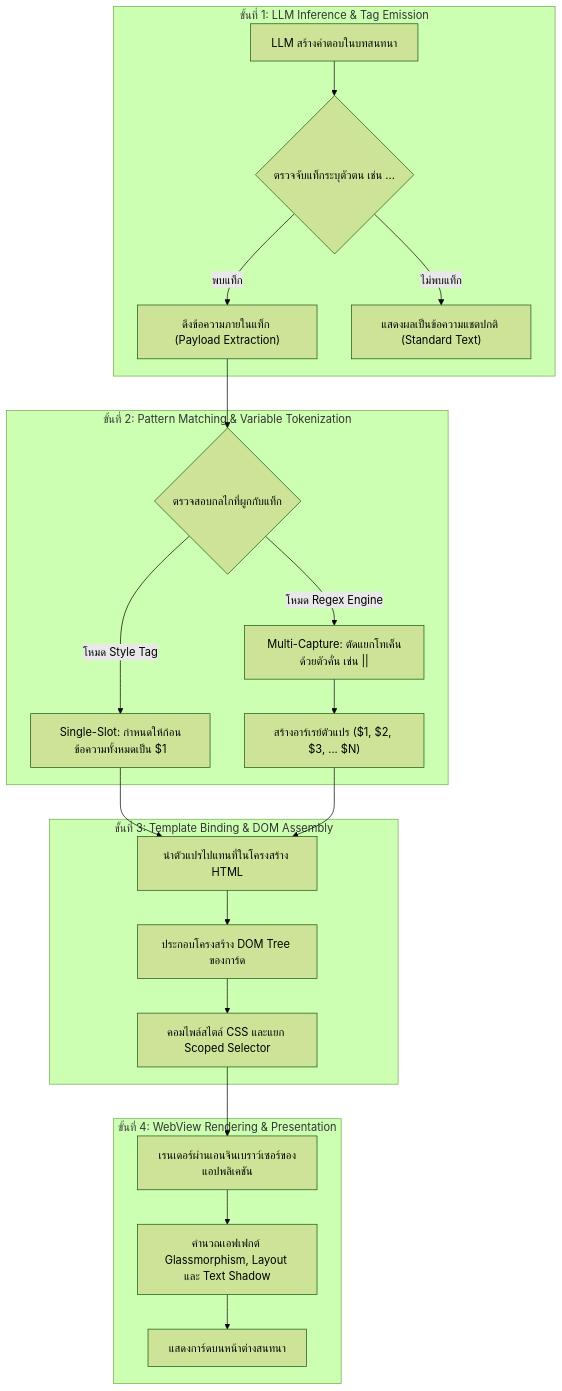
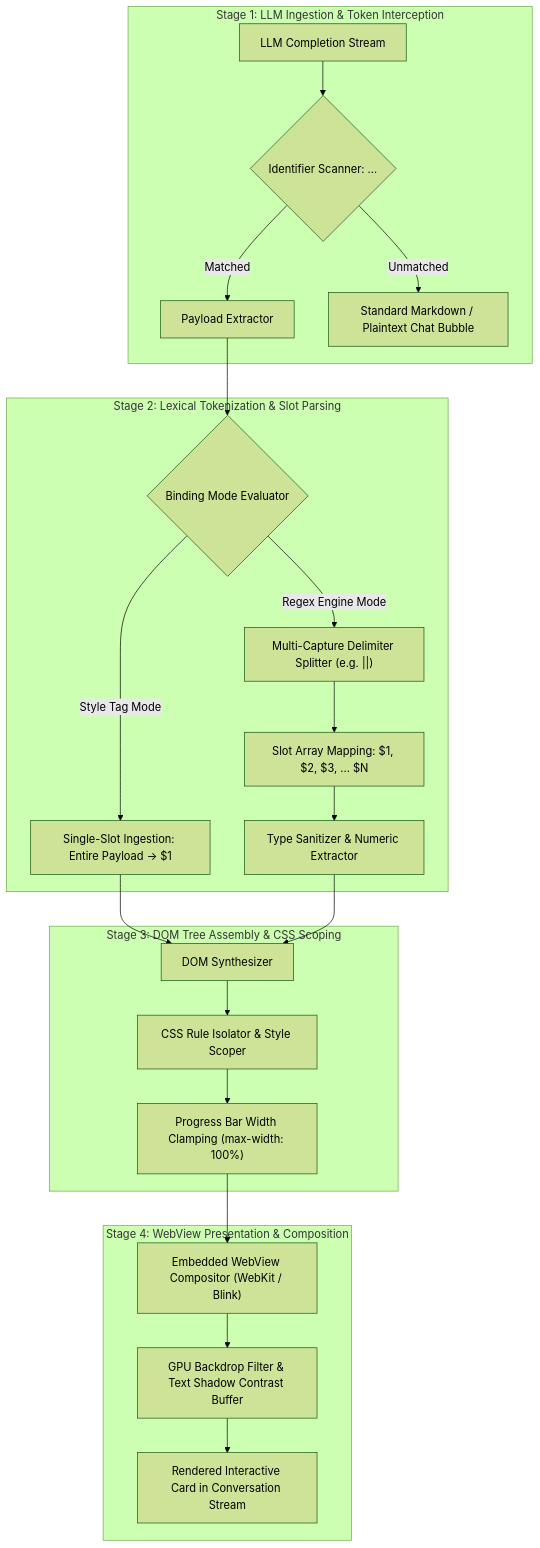
Before and after one commit to jadesolju/Snippet-Studio: the first of 6 diagrams in RUBII_CORE_ARCHITECTURE_AND_CSS_ENGINEERING.md, drawn with Mermaid (forest theme). The commit also changed other lines of this file and 2 other files, not shown here.

Commit message:
docs: standardize all Mermaid diagrams to English with Thai workflow blockquotes and zero emojis

````diff
--- a/RUBII_CORE_ARCHITECTURE_AND_CSS_ENGINEERING.md
+++ b/RUBII_CORE_ARCHITECTURE_AND_CSS_ENGINEERING.md
@@ -31,28 +31,29 @@
 ```mermaid
 flowchart TD
-    subgraph Step1["ขั้นที่ 1: LLM Inference & Tag Emission"]
-        A1["LLM สร้างคำตอบในบทสนทนา"] --> A2{"ตรวจจับแท็กระบุตัวตน เช่น <tag>...</tag>"}
-        A2 -->|"พบแท็ก"| A3["ดึงข้อความภายในแท็ก (Payload Extraction)"]
-        A2 -->|"ไม่พบแท็ก"| A4["แสดงผลเป็นข้อความแชตปกติ (Standard Text)"]
+    subgraph Stage1["Stage 1: LLM Ingestion & Token Interception"]
+        A1["LLM Completion Stream"] --> A2{"Identifier Scanner: <tag>...</tag>"}
+        A2 -->|"Matched"| A3["Payload Extractor"]
+        A2 -->|"Unmatched"| A4["Standard Markdown / Plaintext Chat Bubble"]
     end
 
-    subgraph Step2["ขั้นที่ 2: Pattern Matching & Variable Tokenization"]
-        A3 --> B1{"ตรวจสอบกลไกที่ผูกกับแท็ก"}
-        B1 -->|"โหมด Style Tag"| B2["Single-Slot: กำหนดให้ก้อนข้อความทั้งหมดเป็น $1"]
-        B1 -->|"โหมด Regex Engine"| B3["Multi-Capture: ตัดแยกโทเค็นด้วยตัวคั่น เช่น ||"]
-        B3 --> B4["สร้างอาร์เรย์ตัวแปร ($1, $2, $3, ... $N)"]
+    subgraph Stage2["Stage 2: Lexical Tokenization & Slot Parsing"]
+        A3 --> B1{"Binding Mode Evaluator"}
+        B1 -->|"Style Tag Mode"| B2["Single-Slot Ingestion: Entire Payload -> $1"]
+        B1 -->|"Regex Engine Mode"| B3["Multi-Capture Delimiter Splitter (e.g. ||)"]
+        B3 --> B4["Slot Array Mapping: $1, $2, $3, ... $N"]
+        B4 --> B5["Type Sanitizer & Numeric Extractor"]
     end
 
-    subgraph Step3["ขั้นที่ 3: Template Binding & DOM Assembly"]
-        B2 --> C1["นำตัวแปรไปแทนที่ในโครงสร้าง HTML"]
-        B4 --> C1
-        C1 --> C2["ประกอบโครงสร้าง DOM Tree ของการ์ด"]
-        C2 --> C3["คอมไพล์สไตล์ CSS และแยก Scoped Selector"]
+    subgraph Stage3["Stage 3: DOM Tree Assembly & CSS Scoping"]
+        B2 --> C1["DOM Synthesizer"]
+        B5 --> C1
+        C1 --> C2["CSS Rule Isolator & Style Scoper"]
+        C2 --> C3["Progress Bar Width Clamping (max-width: 100%)"]
     end
 
-    subgraph Step4["ขั้นที่ 4: WebView Rendering & Presentation"]
-        C3 --> D1["เรนเดอร์ผ่านเอนจินเบราว์เซอร์ของแอปพลิเคชัน"]
-        D1 --> D2["คำนวณเอฟเฟกต์ Glassmorphism, Layout และ Text Shadow"]
-        D2 --> D3["แสดงการ์ดบนหน้าต่างสนทนา"]
+    subgraph Stage4["Stage 4: WebView Presentation & Composition"]
+        C3 --> D1["Embedded WebView Compositor (WebKit / Blink)"]
+        D1 --> D2["GPU Backdrop Filter & Text Shadow Contrast Buffer"]
+        D2 --> D3["Rendered Interactive Card in Conversation Stream"]
     end
 ```
````
